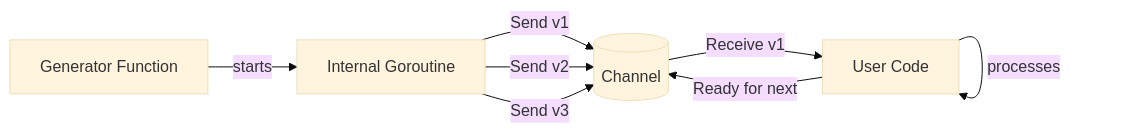
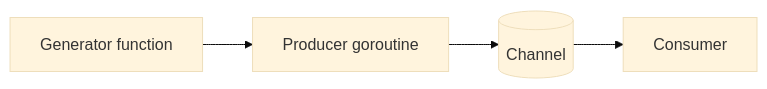
One commit to syahputrawork98-sketch/Golang-Knowledge-Base changed the diagram in RAK-03-evolution/SR-03-concurrency/BK-02-pipelines/CH-03-generators/README.md. Above: the diagram before and after it, drawn with Mermaid (base theme). The commit also changed other lines of this file and 61 other files, not shown here.

````diff
--- a/RAK-03-evolution/SR-03-concurrency/BK-02-pipelines/CH-03-generators/README.md
+++ b/RAK-03-evolution/SR-03-concurrency/BK-02-pipelines/CH-03-generators/README.md
@@ -38,11 +35,6 @@
 ```mermaid
 graph LR
-    Gen[Generator Function] -- starts --> Goroutine[Internal Goroutine]
-    Goroutine -- Send v1 --> Chan[(Channel)]
-    Goroutine -- Send v2 --> Chan
-    Goroutine -- Send v3 --> Chan
-    
-    Chan -- Receive v1 --> User[User Code]
-    User -- processes --> User
-    User -- Ready for next --> Chan
+    Gen[Generator function] --> Goroutine[Producer goroutine]
+    Goroutine --> Stream[(Channel)]
+    Stream --> User[Consumer]
 ```
````
